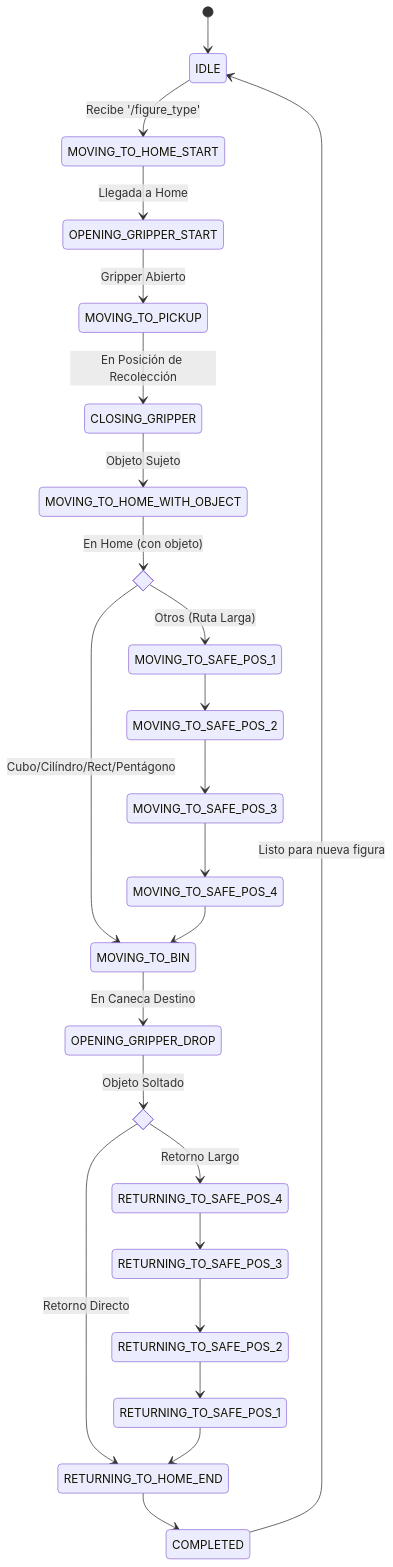
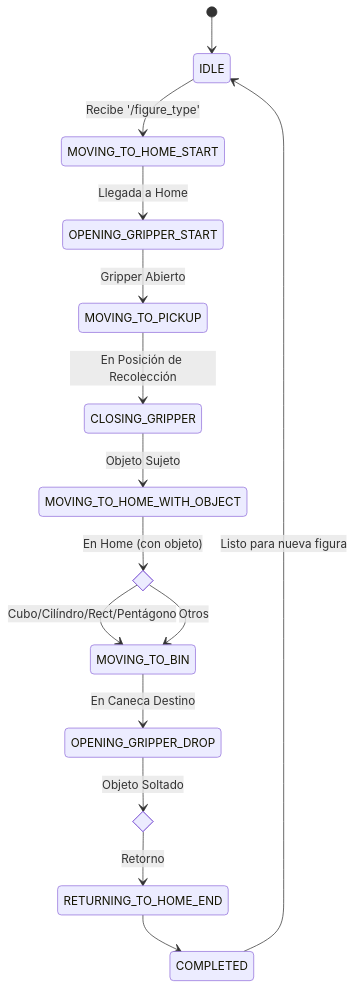
Before and after one commit to Zecro-Darkness/Robotica: the diagram in Proyecto/exposicion.md, drawn with Mermaid.

````diff
--- a/Proyecto/exposicion.md
+++ b/Proyecto/exposicion.md
@@ -254,48 +254,28 @@
 ```mermaid
 stateDiagram-v2
     direction TB
     
-    %% Estado Inicial
     [*] --> IDLE
     
-    %% Secuencia de Inicio
     IDLE --> MOVING_TO_HOME_START: Recibe '/figure_type'
     MOVING_TO_HOME_START --> OPENING_GRIPPER_START: Llegada a Home
     OPENING_GRIPPER_START --> MOVING_TO_PICKUP: Gripper Abierto
     
-    %% Zona de Recolección
     MOVING_TO_PICKUP --> CLOSING_GRIPPER: En Posición de Recolección
     CLOSING_GRIPPER --> MOVING_TO_HOME_WITH_OBJECT: Objeto Sujeto
     
-    %% Lógica de Decisión (Filtro por Tipo de Figura)
     state decision_point <<choice>>
     MOVING_TO_HOME_WITH_OBJECT --> decision_point: En Home (con objeto)
+    decision_point --> MOVING_TO_BIN: Cubo/Cilíndro/Rect/Pentágono
+    decision_point --> MOVING_TO_BIN: Otros
     
-    decision_point --> MOVING_TO_BIN: Cubo/Cilíndro/Rect/Pentágono
-    decision_point --> MOVING_TO_SAFE_POS_1: Otros (Ruta Larga)
-    
-    %% Ruta de Transporte (Directa vs Segura)
-    MOVING_TO_SAFE_POS_1 --> MOVING_TO_SAFE_POS_2
-    MOVING_TO_SAFE_POS_2 --> MOVING_TO_SAFE_POS_3
-    MOVING_TO_SAFE_POS_3 --> MOVING_TO_SAFE_POS_4
-    MOVING_TO_SAFE_POS_4 --> MOVING_TO_BIN
-    
-    %% Entrega
     MOVING_TO_BIN --> OPENING_GRIPPER_DROP: En Caneca Destino
     
-    %% Lógica de Retorno
     state return_decision <<choice>>
     OPENING_GRIPPER_DROP --> return_decision: Objeto Soltado
+    return_decision --> RETURNING_TO_HOME_END: Retorno
     
-    return_decision --> RETURNING_TO_HOME_END: Retorno Directo
-    return_decision --> RETURNING_TO_SAFE_POS_4: Retorno Largo
-    
-    %% Finalización
     RETURNING_TO_HOME_END --> COMPLETED
-    RETURNING_TO_SAFE_POS_4 --> RETURNING_TO_SAFE_POS_3
-    RETURNING_TO_SAFE_POS_3 --> RETURNING_TO_SAFE_POS_2
-    RETURNING_TO_SAFE_POS_2 --> RETURNING_TO_SAFE_POS_1
-    RETURNING_TO_SAFE_POS_1 --> RETURNING_TO_HOME_END
-    
     COMPLETED --> IDLE: Listo para nueva figura
+
 ```
````
